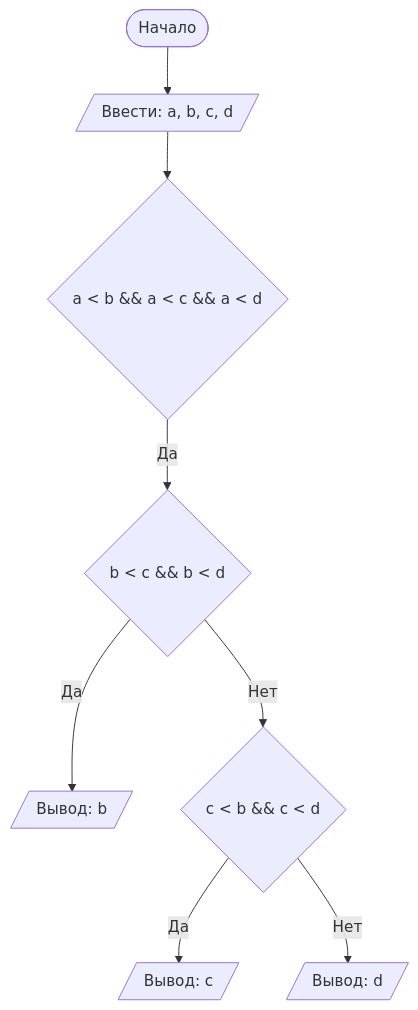
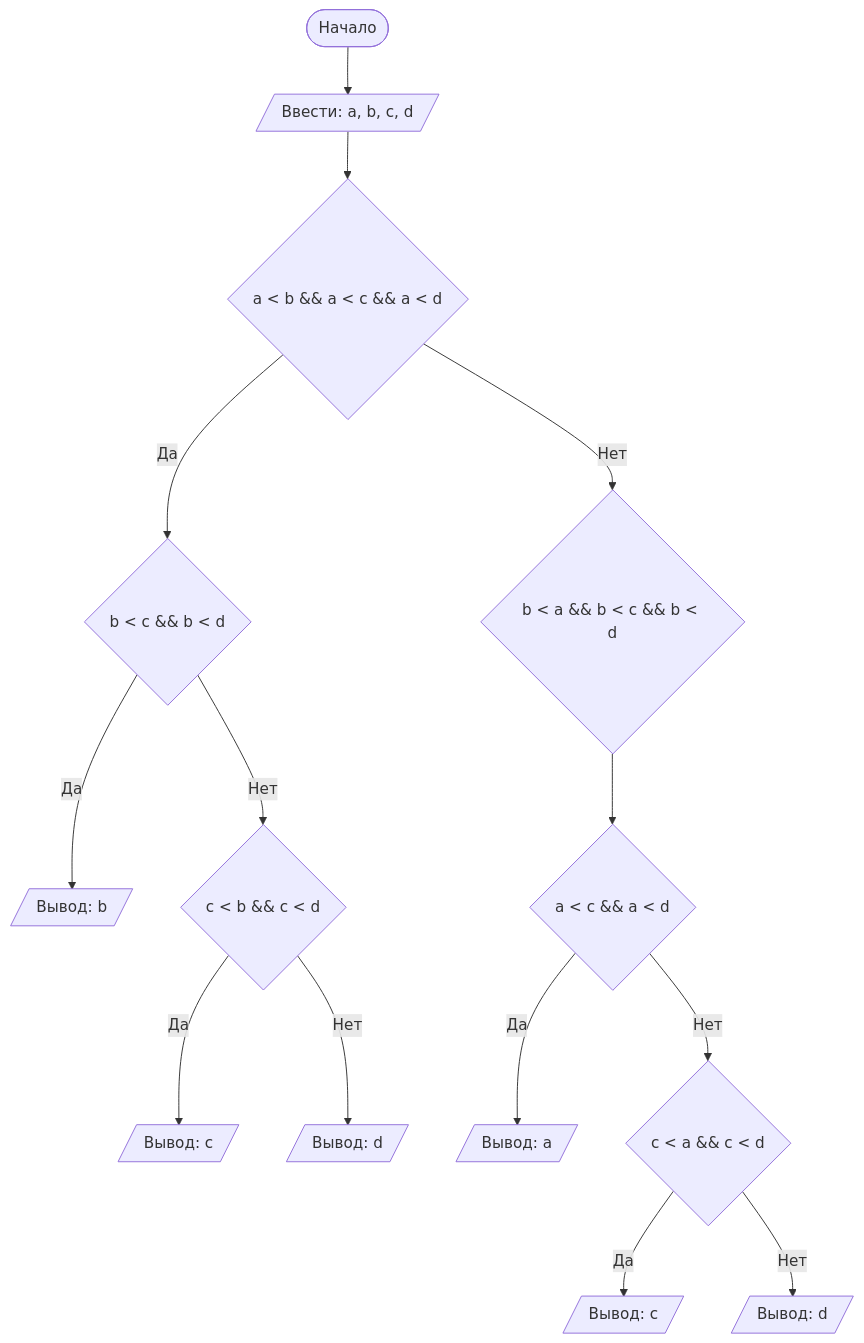
One commit to 3214Hoh/LabExample changed the diagram in README.md. Above: the diagram before and after it, drawn with Mermaid.

````diff
--- a/README.md
+++ b/README.md
@@ -71,11 +71,17 @@
 ```mermaid
 graph TD
   A([Начало]) --> B[/Ввести: a, b, c, d/]
   B --> C{a < b && a < c && a < d}
   C -- Да --> D{b < c && b < d}
   D --  Да --> D1[/Вывод: b/]
   D -- Нет --> E{c < b && c < d}
   E --  Да --> E1[/Вывод: c/]
   E --  Нет --> E2[/Вывод: d/]
+  C -- Нет --> R{b < a && b < c && b < d}
+  R --> T{a < c && a < d}
+  T --  Да --> T1[/Вывод: a/]
+  T -- Нет --> Y{c < a && c < d}
+  Y --  Да --> Y1[/Вывод: c/]
+  Y --  Нет --> Y2[/Вывод: d/]
   
 ```
````
